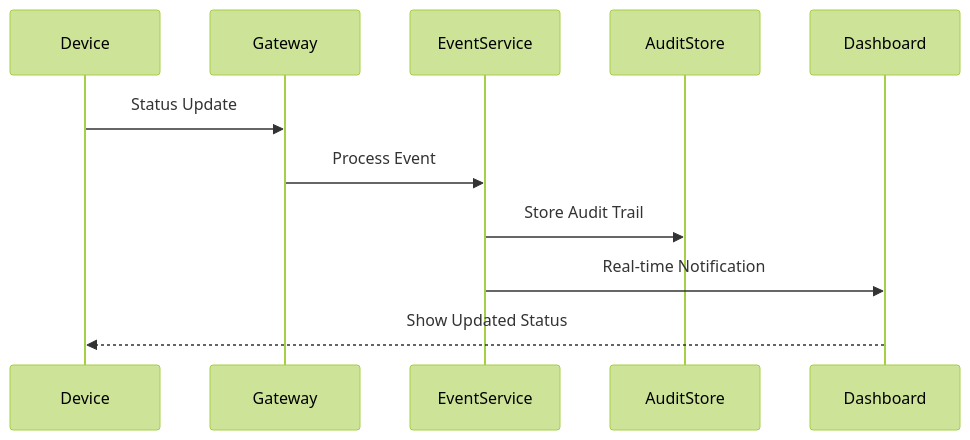
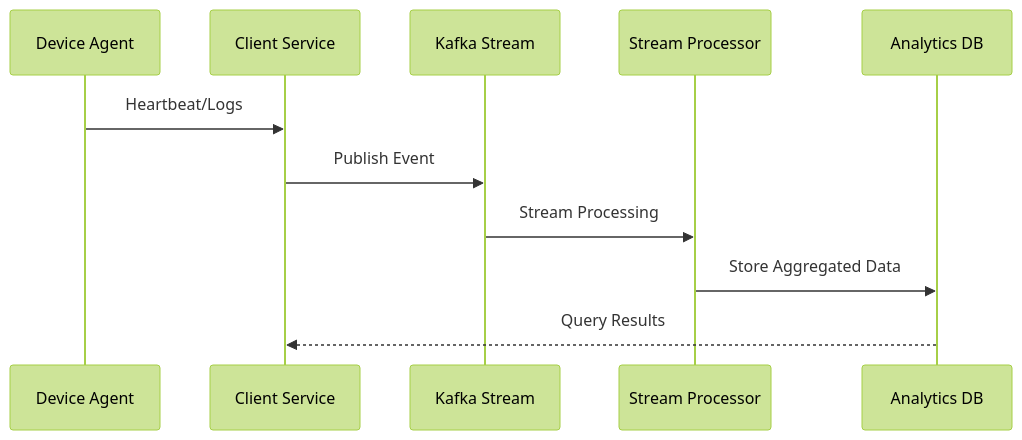
One commit to flamingo-stack/openframe-oss-lib changed the third of 3 diagrams in docs/getting-started/first-steps.md. Above: the diagram before and after it, drawn with Mermaid (forest theme). The commit also changed other lines of this file and 960 other files, not shown here.

````diff
--- a/docs/getting-started/first-steps.md
+++ b/docs/getting-started/first-steps.md
@@ -224,14 +207,14 @@
 ```mermaid
 sequenceDiagram
-    participant Device
-    participant Gateway
-    participant EventService
-    participant AuditStore
-    participant Dashboard
+    participant Agent as Device Agent
+    participant Client as Client Service  
+    participant Kafka as Kafka Stream
+    participant Stream as Stream Processor
+    participant Analytics as Analytics DB
     
-    Device->>Gateway: Status Update
-    Gateway->>EventService: Process Event
-    EventService->>AuditStore: Store Audit Trail
-    EventService->>Dashboard: Real-time Notification
-    Dashboard-->>Device: Show Updated Status
+    Agent->>Client: Heartbeat/Logs
+    Client->>Kafka: Publish Event
+    Kafka->>Stream: Stream Processing
+    Stream->>Analytics: Store Aggregated Data
+    Analytics-->>Client: Query Results
 ```
````
